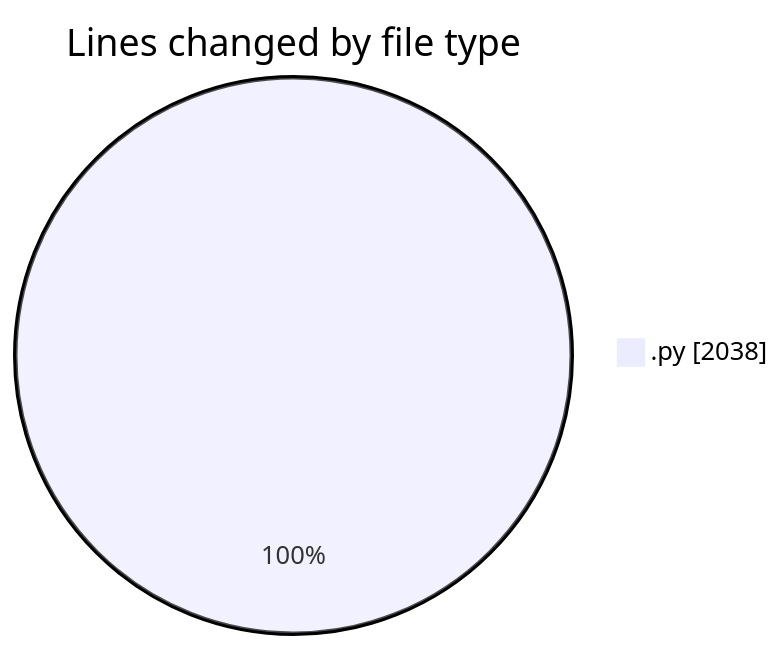
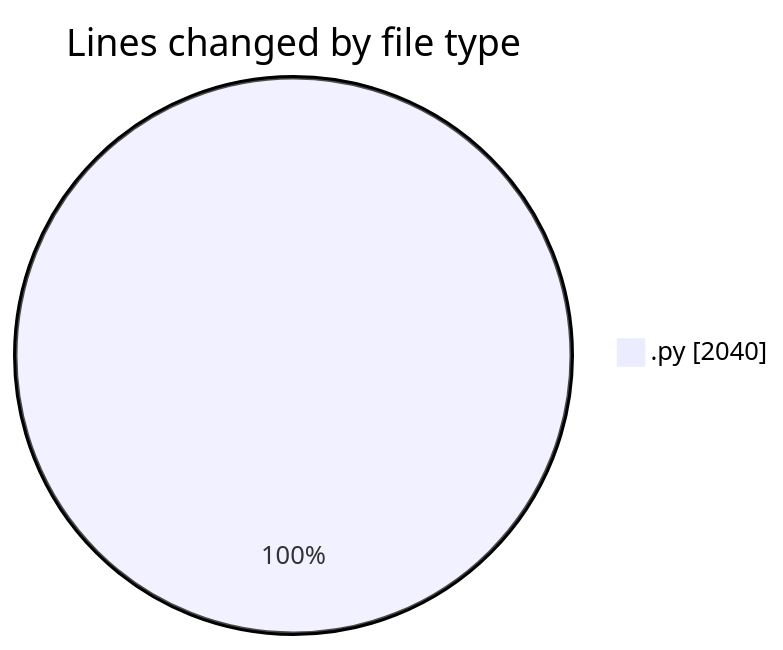
The first of 2 diagrams in 2025-04-19/myws__workspace_/README.md (MatusMokan/code-tracking), drawn with Mermaid before and after one commit. The commit also changed other lines of this file and 1 other file, not shown here.

````diff
--- a/2025-04-19/myws__workspace_/README.md
+++ b/2025-04-19/myws__workspace_/README.md
@@ -23,5 +23,5 @@
 ```mermaid
 pie showData
 title Lines changed by file type
-".py" : 2038
+".py" : 2040
 ```
````
